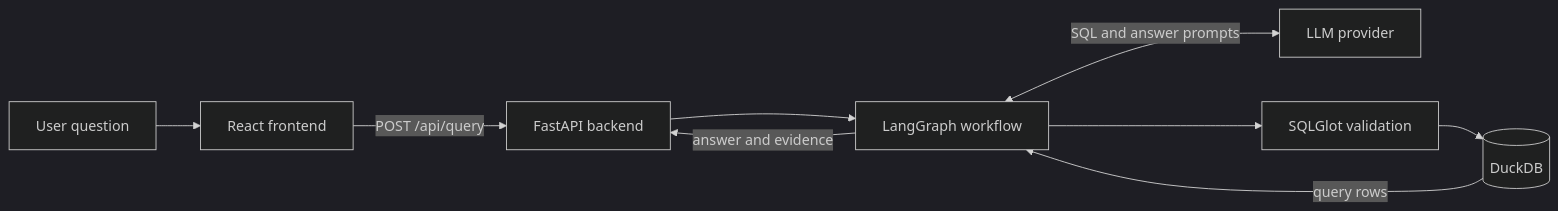
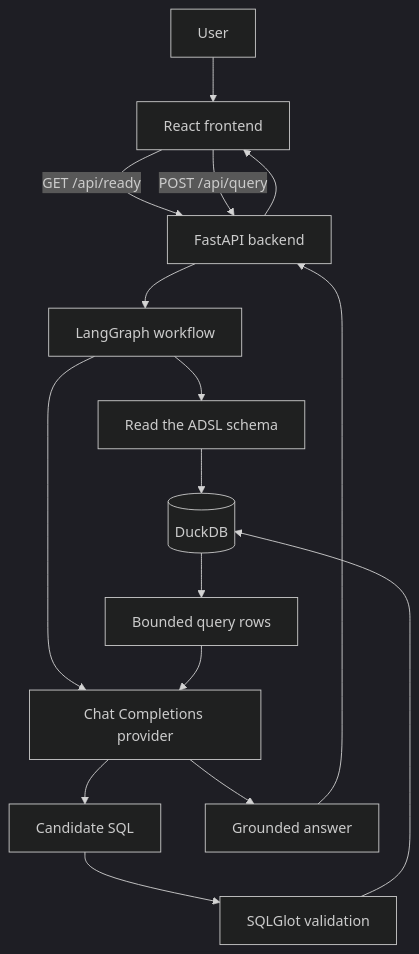
The diagram in README.md (nekoium/seqchat), drawn with Mermaid (dark theme) before and after one commit. The commit also changed other lines of this file and 20 other files, not shown here.

````diff
--- a/README.md
+++ b/README.md
@@ -7,11 +28,18 @@
 ```mermaid
-flowchart LR
-    U[User question] --> FE[React frontend]
-    FE -->|POST /api/query| API[FastAPI backend]
+flowchart TD
+    U[User] --> FE[React frontend]
+    FE -->|GET /api/ready| API[FastAPI backend]
+    FE -->|POST /api/query| API
     API --> G[LangGraph workflow]
-    G <-->|SQL and answer prompts| M[LLM provider]
-    G --> V[SQLGlot validation]
-    V --> DB[(DuckDB)]
-    DB -->|query rows| G
-    G -->|answer and evidence| API
+    G --> S[Read the ADSL schema]
+    S --> DB[(DuckDB)]
+    G --> L[Chat Completions provider]
+    L --> Q[Candidate SQL]
+    Q --> V[SQLGlot validation]
+    V --> DB
+    DB --> R[Bounded query rows]
+    R --> L
+    L --> A[Grounded answer]
+    A --> API
+    API --> FE
 ```
````
